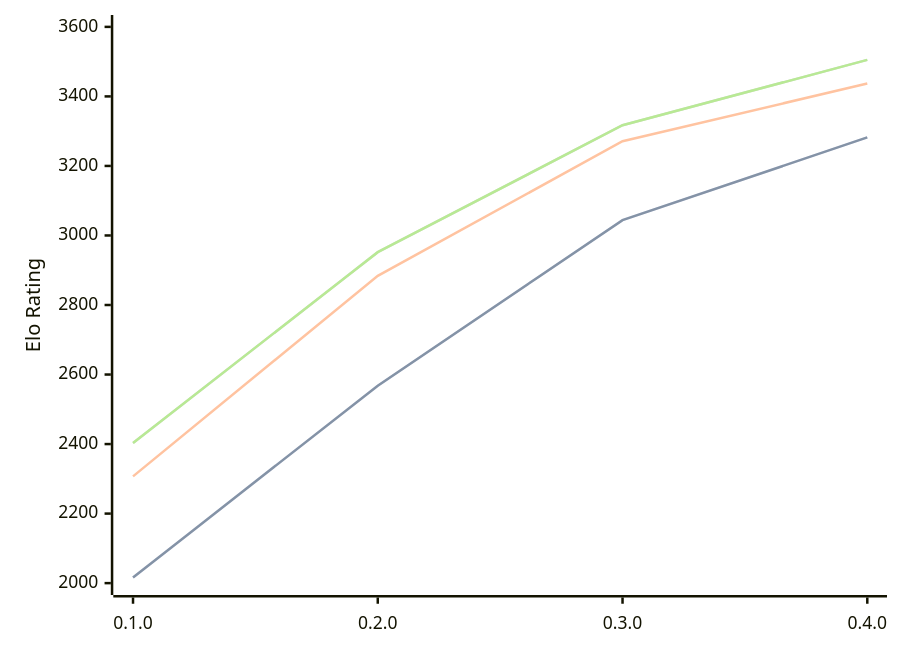
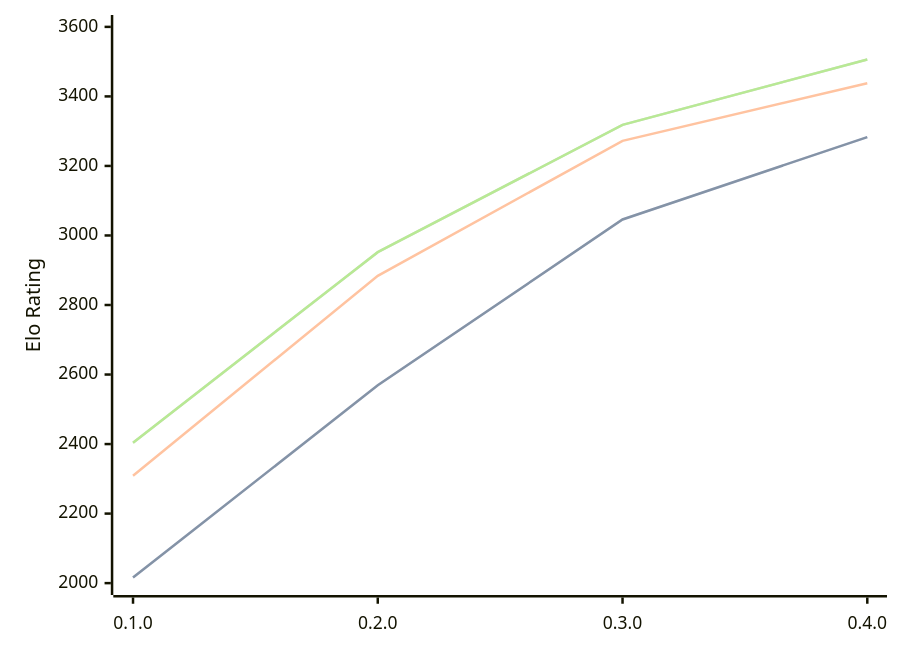
Before and after one commit to computer-chess-index/cci: the diagram in engines/Justbot.md, drawn with Mermaid. The commit also changed other lines of this file, not shown here.

Commit message:
Update CCI Ratings (ELO VLTC) - 2026-08-21

````diff
--- a/engines/Justbot.md
+++ b/engines/Justbot.md
@@ -34,11 +34,11 @@
 ```mermaid
 %%{init: {"theme":"base","themeVariables":{"seriesColors:['#a3a3a3','#222221','#faa371']}}}%%
 xychart-beta
   x-axis ["0.1.0", "0.2.0", "0.3.0", "0.4.0"]
   y-axis "Elo Rating" 2000 --> 3600
-  line "STC (8.0+0.08s)" [2016, 2568, 3044, 3282]
-  line "STC (8.0+0.08s)" [2016, 2568, 3044, 3282]
-  line "LTC (60.0+0.60s)" [2307, 2884, 3271, 3437]
-  line "VLTC (2m24s+1.12s)" [2403, 2952, 3317, 3505]
-  line "VLTC (2m24s+1.12s)" [2403, 2952, 3317, 3505]
+  line "STC (8.0+0.08s)" [2016, 2569, 3046, 3283]
+  line "STC (8.0+0.08s)" [2016, 2569, 3046, 3283]
+  line "LTC (60.0+0.60s)" [2309, 2884, 3272, 3438]
+  line "VLTC (2m24s+1.12s)" [2404, 2952, 3318, 3506]
+  line "VLTC (2m24s+1.12s)" [2404, 2952, 3318, 3506]
 ```
````
